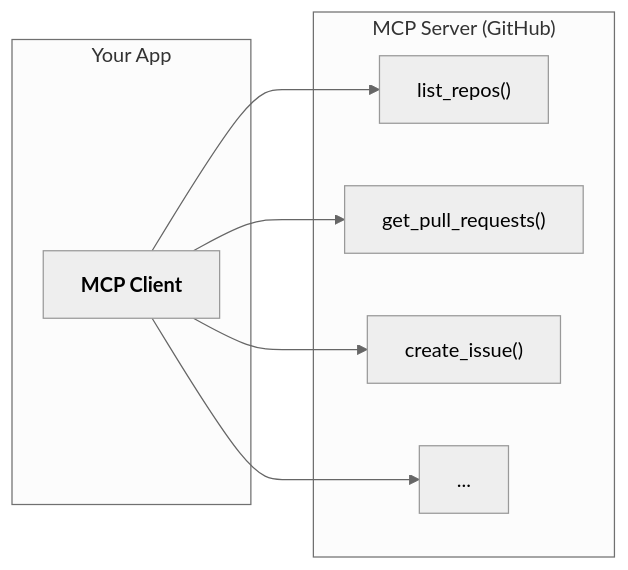
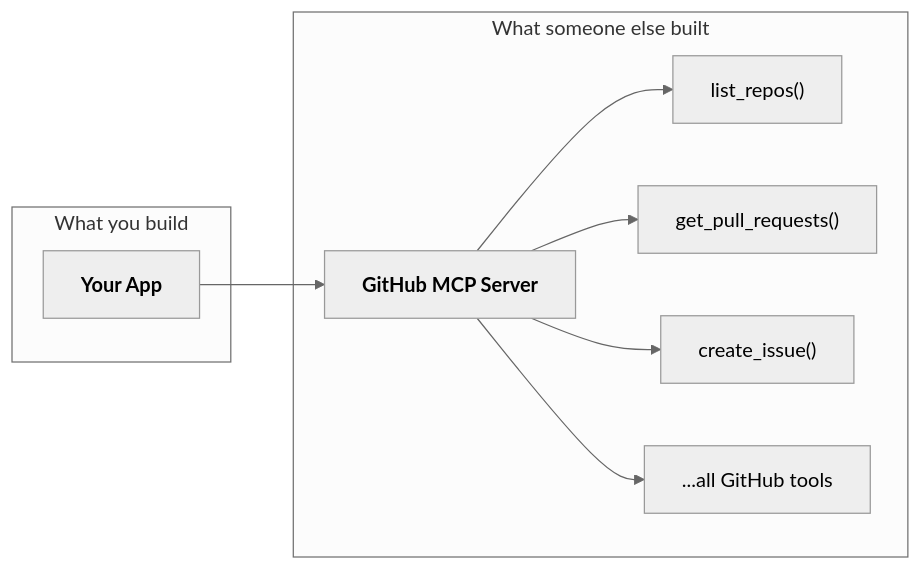
The second of 12 diagrams in 02-Building-with-the-Claude-API/07-Model-Context-Protocol.md (shreyabaid007/Claude-Certified-Architect), drawn with Mermaid (neutral theme) before and after one commit. The commit also changed other lines of this file, not shown here.

First line of the commit message:
Rewrite MCP notes as a teaching narrative

````diff
--- a/02-Building-with-the-Claude-API/07-Model-Context-Protocol.md
+++ b/02-Building-with-the-Claude-API/07-Model-Context-Protocol.md
@@ -35,16 +30,18 @@
 ```mermaid
 flowchart LR
-    subgraph YOUR_APP ["Your App"]
-        A["<b>MCP Client</b>"]
+    subgraph YOU ["What you build"]
+        A["<b>Your App</b>"]
     end
-    subgraph MCP ["MCP Server (GitHub)"]
+    subgraph THEM ["What someone else built"]
+        B["<b>GitHub MCP Server</b>"]
         B1["list_repos()"]
         B2["get_pull_requests()"]
         B3["create_issue()"]
-        B4["..."]
+        B4["...all GitHub tools"]
     end
-    A --> B1
-    A --> B2
-    A --> B3
-    A --> B4
+    A --> B
+    B --> B1
+    B --> B2
+    B --> B3
+    B --> B4
 ```
````
